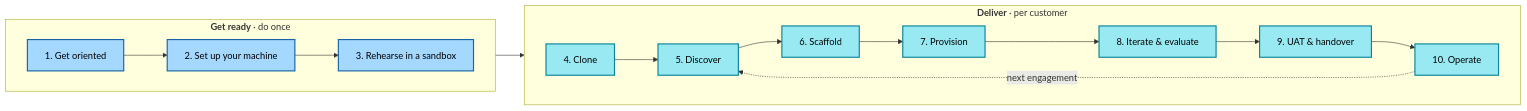
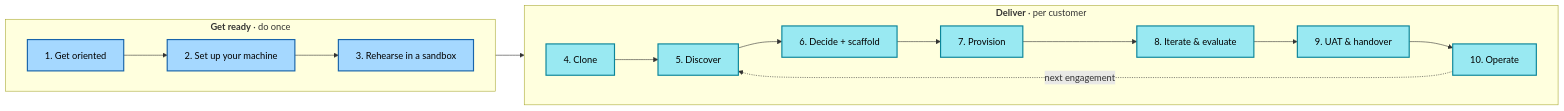
One commit to jlangley11/agentic-ai-solution-accelerator changed the diagram in docs/index.md. Above: the diagram before and after it, drawn with Mermaid. The commit also changed other lines of this file and 97 other files, not shown here.

First line of the commit message:
feat: add architecture advisor and prompt-agent target

````diff
--- a/docs/index.md
+++ b/docs/index.md
@@ -40,15 +40,15 @@
 ```mermaid
 flowchart LR
     classDef ready fill:#a5d8ff,stroke:#1864ab,stroke-width:2px,color:#000
     classDef deliver fill:#99e9f2,stroke:#0c8599,stroke-width:2px,color:#000
     subgraph READY["<b>Get ready</b> · do once"]
       direction LR
       R1["1. Get oriented"]:::ready --> R2["2. Set up your machine"]:::ready --> R3["3. Rehearse in a sandbox"]:::ready
     end
     subgraph DELIVER["<b>Deliver</b> · per customer"]
       direction LR
-      D1["4. Clone"]:::deliver --> D2["5. Discover"]:::deliver --> D3["6. Scaffold"]:::deliver --> D4["7. Provision"]:::deliver --> D5["8. Iterate & evaluate"]:::deliver --> D6["9. UAT & handover"]:::deliver --> D7["10. Operate"]:::deliver
+      D1["4. Clone"]:::deliver --> D2["5. Discover"]:::deliver --> D3["6. Decide + scaffold"]:::deliver --> D4["7. Provision"]:::deliver --> D5["8. Iterate & evaluate"]:::deliver --> D6["9. UAT & handover"]:::deliver --> D7["10. Operate"]:::deliver
     end
     R3 --> D1
     D7 -. "next engagement" .-> D2
 ```
````
